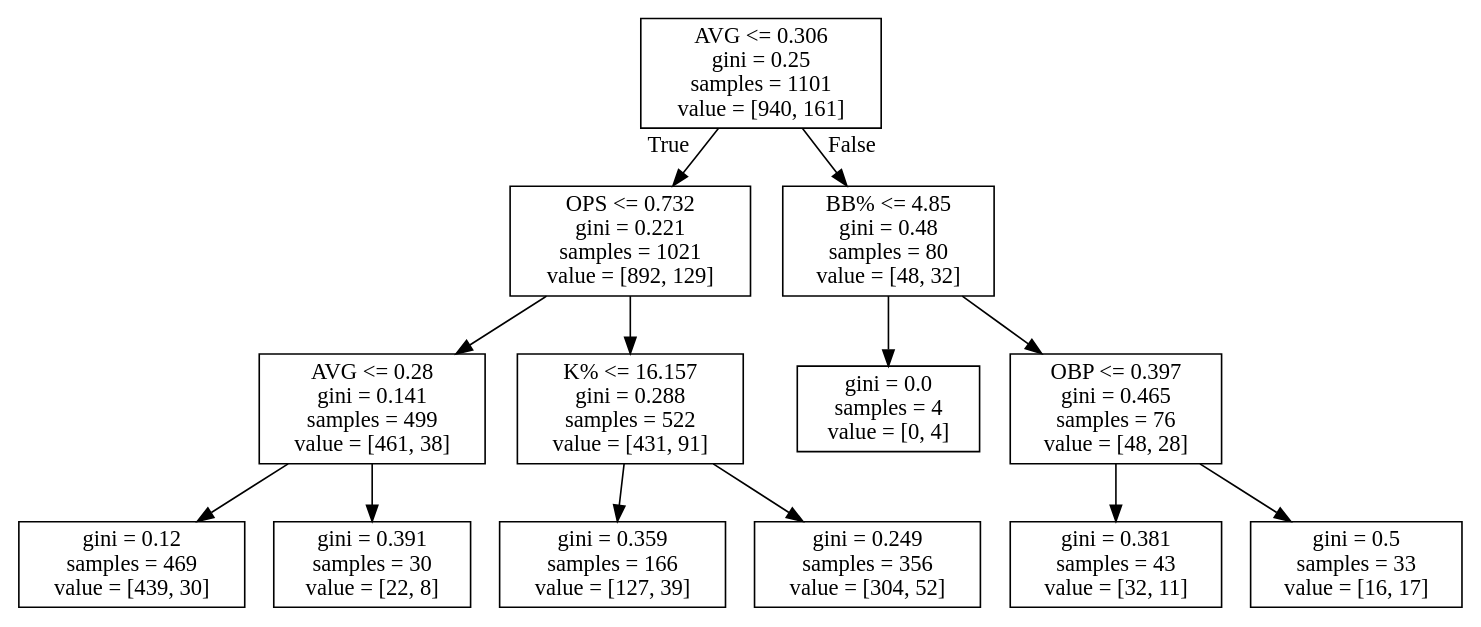
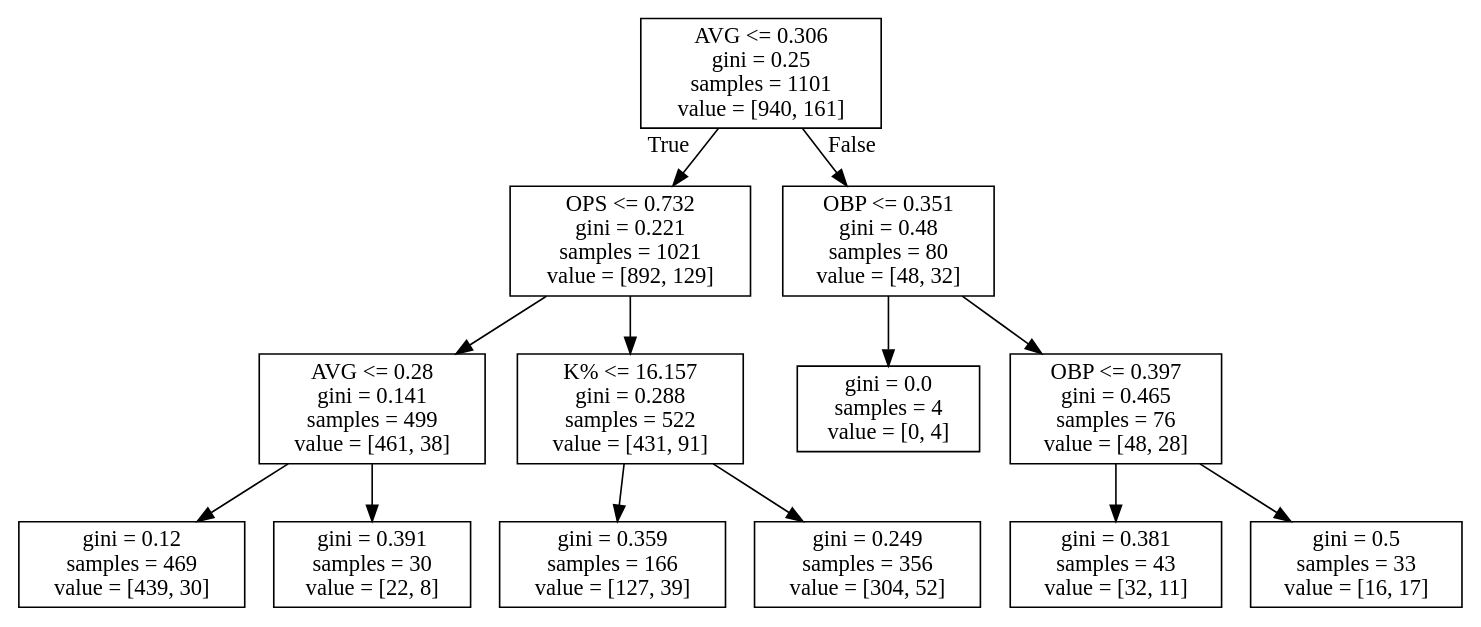
One commit to alexbrizius/ds_project changed the diagram in AA_results/AA_gini.dot. Above: the diagram before and after it, drawn with Graphviz. The commit also changed 8 other files, not shown here.

```diff
--- a/AA_results/AA_gini.dot
+++ b/AA_results/AA_gini.dot
@@ -1,28 +1,28 @@
 digraph Tree {
 node [shape=box] ;
 0 [label="AVG <= 0.306\ngini = 0.25\nsamples = 1101\nvalue = [940, 161]"] ;
 1 [label="OPS <= 0.732\ngini = 0.221\nsamples = 1021\nvalue = [892, 129]"] ;
 0 -> 1 [labeldistance=2.5, labelangle=45, headlabel="True"] ;
 2 [label="AVG <= 0.28\ngini = 0.141\nsamples = 499\nvalue = [461, 38]"] ;
 1 -> 2 ;
 3 [label="gini = 0.12\nsamples = 469\nvalue = [439, 30]"] ;
 2 -> 3 ;
 4 [label="gini = 0.391\nsamples = 30\nvalue = [22, 8]"] ;
 2 -> 4 ;
 5 [label="K% <= 16.157\ngini = 0.288\nsamples = 522\nvalue = [431, 91]"] ;
 1 -> 5 ;
 6 [label="gini = 0.359\nsamples = 166\nvalue = [127, 39]"] ;
 5 -> 6 ;
 7 [label="gini = 0.249\nsamples = 356\nvalue = [304, 52]"] ;
 5 -> 7 ;
-8 [label="BB% <= 4.85\ngini = 0.48\nsamples = 80\nvalue = [48, 32]"] ;
+8 [label="OBP <= 0.351\ngini = 0.48\nsamples = 80\nvalue = [48, 32]"] ;
 0 -> 8 [labeldistance=2.5, labelangle=-45, headlabel="False"] ;
 9 [label="gini = 0.0\nsamples = 4\nvalue = [0, 4]"] ;
 8 -> 9 ;
 10 [label="OBP <= 0.397\ngini = 0.465\nsamples = 76\nvalue = [48, 28]"] ;
 8 -> 10 ;
 11 [label="gini = 0.381\nsamples = 43\nvalue = [32, 11]"] ;
 10 -> 11 ;
 12 [label="gini = 0.5\nsamples = 33\nvalue = [16, 17]"] ;
 10 -> 12 ;
 }
```
